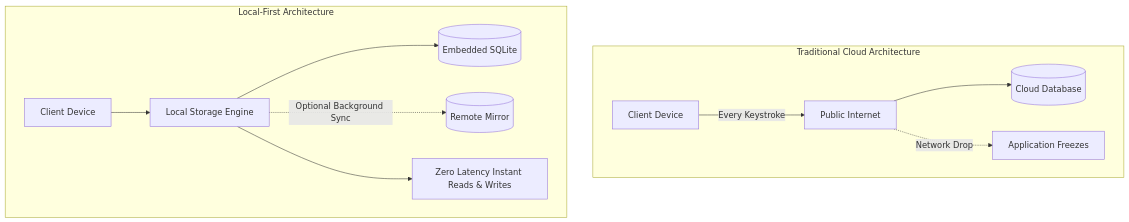
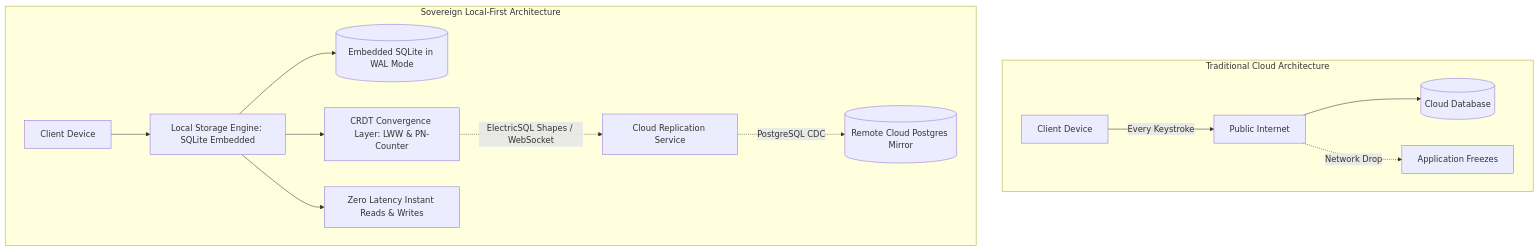
One commit to MasterZ1311/Dev-AURA changed the first of 2 diagrams in docs/engineering-principles/01-sovereign-and-local-first-computing/architectural-patterns.md. Above: the diagram before and after it, drawn with Mermaid. The commit also changed other lines of this file and 48 other files, not shown here.

````diff
--- a/docs/engineering-principles/01-sovereign-and-local-first-computing/architectural-patterns.md
+++ b/docs/engineering-principles/01-sovereign-and-local-first-computing/architectural-patterns.md
@@ -35,15 +40,17 @@
 ```mermaid
 graph TD
     subgraph Traditional Cloud Architecture
         UserA[Client Device] -->|Every Keystroke| Net[Public Internet]
         Net --> CloudDB[(Cloud Database)]
         Net -.->|Network Drop| Blocked[Application Freezes]
     end
 
-    subgraph Local-First Architecture
-        UserB[Client Device] --> LocalEngine[Local Storage Engine]
-        LocalEngine --> LocalDB[(Embedded SQLite)]
-        LocalEngine -.->|Optional Background Sync| CloudReplica[(Remote Mirror)]
+    subgraph Sovereign Local-First Architecture
+        UserB[Client Device] --> LocalEngine[Local Storage Engine: SQLite Embedded]
+        LocalEngine --> LocalDB[(Embedded SQLite in WAL Mode)]
+        LocalEngine --> CRDTLayer[CRDT Convergence Layer: LWW & PN-Counter]
+        CRDTLayer -.->|ElectricSQL Shapes / WebSocket| SyncNode[Cloud Replication Service]
+        SyncNode -.->|PostgreSQL CDC| CloudReplica[(Remote Cloud Postgres Mirror)]
         LocalEngine --> Instant[Zero Latency Instant Reads & Writes]
     end
 ```
````
